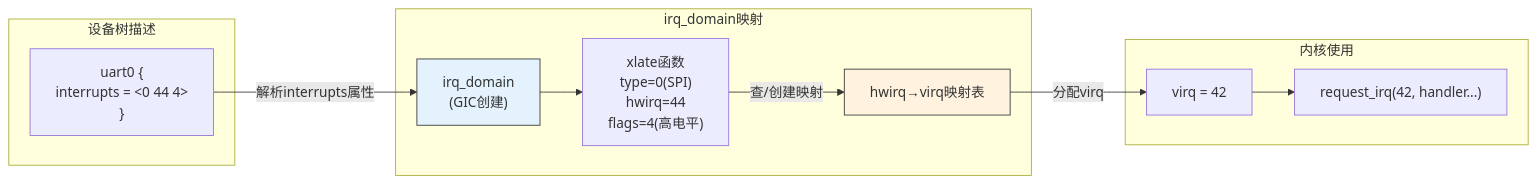
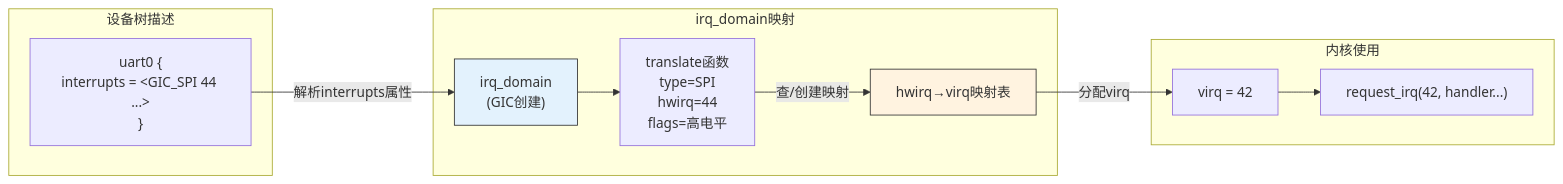
One commit to xiaohong0925/Embedded_Knowledge_System_V2026 changed the third of 3 diagrams in docs/02-核心机制深度解析/第10章 中断与时间/10.1.4_GICv3与中断号映射.md. Above: the diagram before and after it, drawn with Mermaid. The commit also changed other lines of this file and 65 other files, not shown here.

````diff
--- a/docs/02-核心机制深度解析/第10章 中断与时间/10.1.4_GICv3与中断号映射.md
+++ b/docs/02-核心机制深度解析/第10章 中断与时间/10.1.4_GICv3与中断号映射.md
@@ -181,26 +175,26 @@
 ```mermaid
 graph LR
     subgraph "设备树描述"
-        DT["uart0 {<br/>interrupts = &lt;0 44 4&gt;<br/>}"]
+        DT["uart0 {<br/>interrupts = &lt;GIC_SPI 44 ...&gt;<br/>}"]
     end
 
     subgraph "irq_domain映射"
         ID["irq_domain<br/>(GIC创建)"]
-        XLATE["xlate函数<br/>type=0(SPI)<br/>hwirq=44<br/>flags=4(高电平)"]
+        XLATE["translate函数<br/>type=SPI<br/>hwirq=44<br/>flags=高电平"]
         MAP["hwirq→virq映射表"]
     end
 
     subgraph "内核使用"
         VIR["virq = 42"]
         REQ["request_irq(42, handler...)"]
     end
 
     DT -->|"解析interrupts属性"| ID
     ID --> XLATE
     XLATE -->|"查/创建映射"| MAP
     MAP -->|"分配virq"| VIR
     VIR --> REQ
 
     style ID fill:#e3f2fd,stroke:#333
     style MAP fill:#fff3e0,stroke:#333
 ```
````
